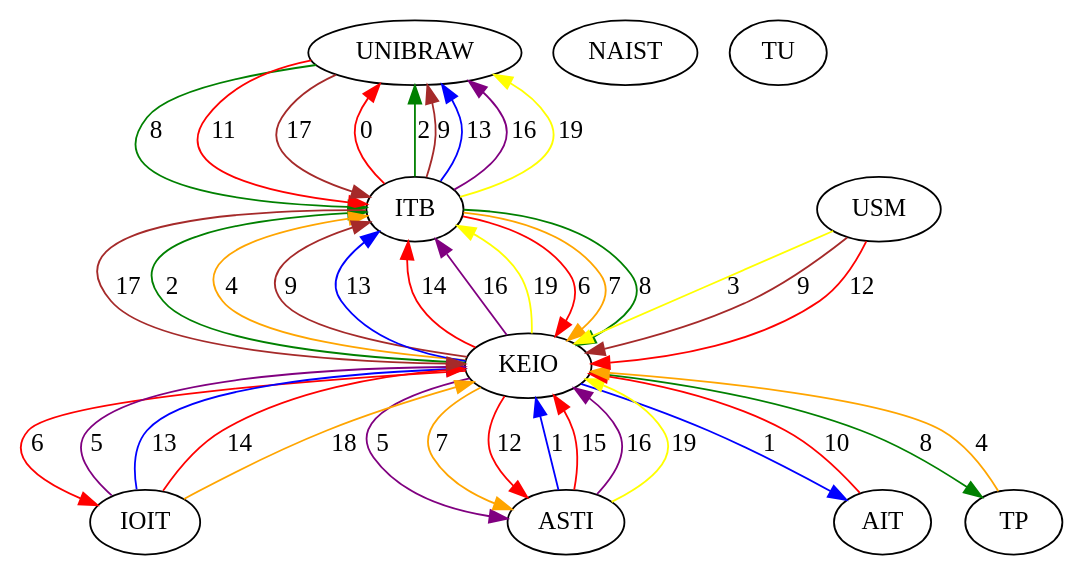
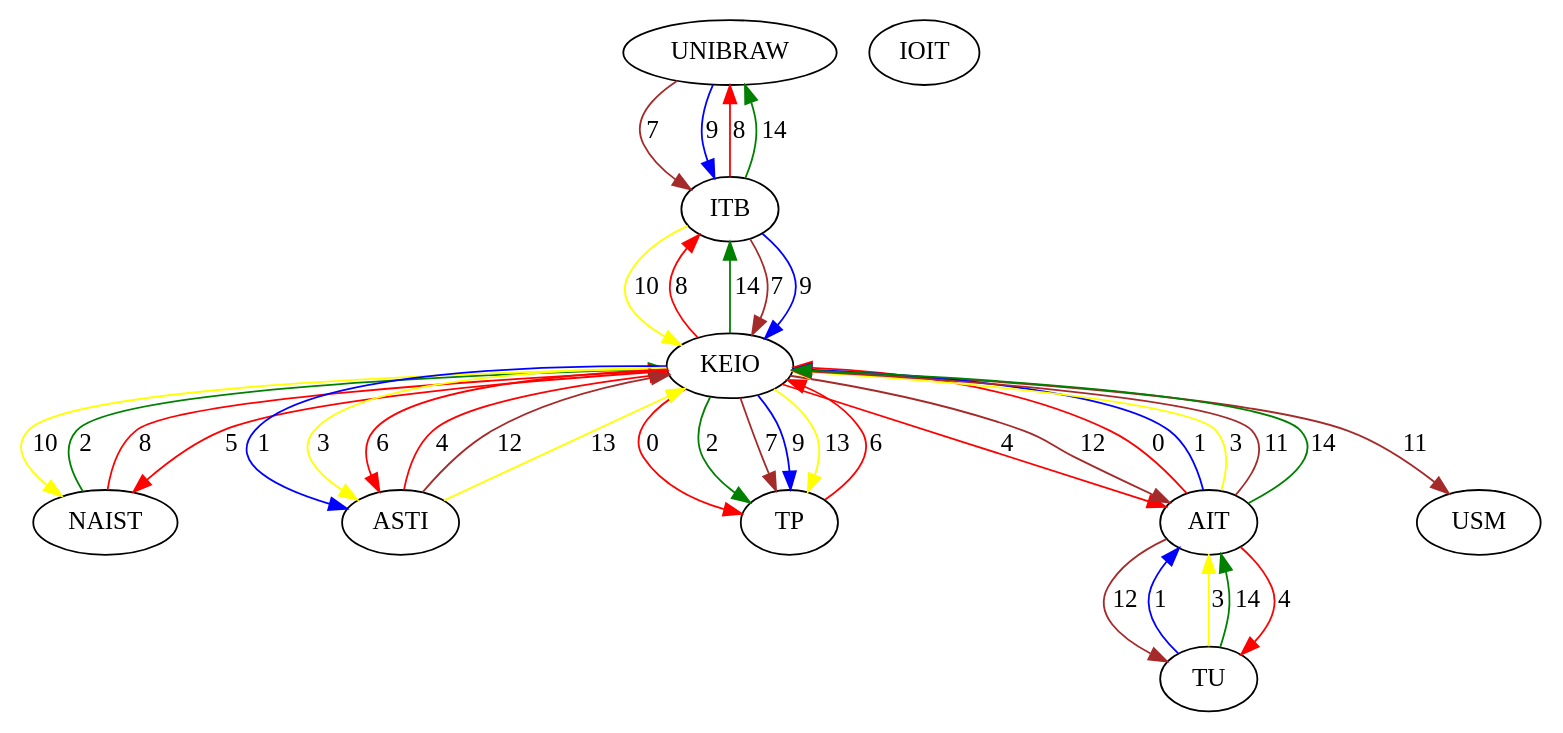
Before and after one commit to Hebbe1234/ExpectAll: the diagram in src/assignedGraphs/assigned.dot, drawn with Graphviz. The commit also changed 9 other files, not shown here.

Commit message:
sequence

```diff
--- a/src/assignedGraphs/assigned.dot
+++ b/src/assignedGraphs/assigned.dot
@@ -1,51 +1,50 @@
 digraph  {
 0 [Internal=1, label=UNIBRAW];
 1 [Internal=1, label=NAIST];
 2 [Internal=1, label=KEIO];
 3 [Internal=1, label=IOIT];
 4 [Internal=1, label=ASTI];
 5 [Internal=1, label=TU];
 6 [Internal=1, label=AIT];
 7 [Internal=1, label=ITB];
 8 [Internal=1, label=TP];
 9 [Internal=1, label=USM];
-0 -> 7  [color=green, key=0, label=8];
-0 -> 7  [color=red, key=1, label=11];
-0 -> 7  [color=brown, key=2, label=17];
-2 -> 6  [color=blue, key=0, label=1];
-2 -> 7  [color=green, key=0, label=2];
-2 -> 7  [color=orange, key=1, label=4];
-2 -> 7  [color=brown, key=2, label=9];
-2 -> 7  [color=blue, key=3, label=13];
-2 -> 7  [color=red, key=4, label=14];
-2 -> 7  [color=purple, key=5, label=16];
-2 -> 7  [color=yellow, key=6, label=19];
-2 -> 4  [color=purple, key=0, label=5];
-2 -> 4  [color=orange, key=1, label=7];
-2 -> 4  [color=red, key=2, label=12];
-2 -> 3  [color=red, key=0, label=6];
-2 -> 8  [color=green, key=0, label=8];
-3 -> 2  [color=purple, key=0, label=5];
-3 -> 2  [color=blue, key=1, label=13];
-3 -> 2  [color=red, key=2, label=14];
-3 -> 2  [color=orange, key=3, label=18];
-4 -> 2  [color=blue, key=0, label=1];
-4 -> 2  [color=red, key=1, label=15];
-4 -> 2  [color=purple, key=2, label=16];
-4 -> 2  [color=yellow, key=3, label=19];
-6 -> 2  [color=red, key=0, label=10];
-7 -> 0  [color=red, key=0, label=0];
-7 -> 0  [color=green, key=1, label=2];
-7 -> 0  [color=brown, key=2, label=9];
-7 -> 0  [color=blue, key=3, label=13];
-7 -> 0  [color=purple, key=4, label=16];
-7 -> 0  [color=yellow, key=5, label=19];
-7 -> 2  [color=red, key=0, label=6];
-7 -> 2  [color=orange, key=1, label=7];
-7 -> 2  [color=green, key=2, label=8];
-7 -> 2  [color=brown, key=3, label=17];
-8 -> 2  [color=orange, key=0, label=4];
-9 -> 2  [color=yellow, key=0, label=3];
-9 -> 2  [color=brown, key=1, label=9];
-9 -> 2  [color=red, key=2, label=12];
+0 -> 7  [color=brown, key=0, label=7];
+0 -> 7  [color=blue, key=1, label=9];
+1 -> 2  [color=green, key=0, label=2];
+1 -> 2  [color=red, key=1, label=8];
+2 -> 1  [color=red, key=0, label=5];
+2 -> 1  [color=yellow, key=1, label=10];
+2 -> 4  [color=blue, key=0, label=1];
+2 -> 4  [color=yellow, key=1, label=3];
+2 -> 4  [color=red, key=2, label=6];
+2 -> 6  [color=red, key=0, label=4];
+2 -> 6  [color=brown, key=1, label=12];
+2 -> 7  [color=red, key=0, label=8];
+2 -> 7  [color=green, key=1, label=14];
+2 -> 8  [color=red, key=0, label=0];
+2 -> 8  [color=green, key=1, label=2];
+2 -> 8  [color=brown, key=2, label=7];
+2 -> 8  [color=blue, key=3, label=9];
+2 -> 8  [color=yellow, key=4, label=13];
+2 -> 9  [color=brown, key=0, label=11];
+4 -> 2  [color=red, key=0, label=4];
+4 -> 2  [color=brown, key=1, label=12];
+4 -> 2  [color=yellow, key=2, label=13];
+5 -> 6  [color=blue, key=0, label=1];
+5 -> 6  [color=yellow, key=1, label=3];
+5 -> 6  [color=green, key=2, label=14];
+6 -> 2  [color=red, key=0, label=0];
+6 -> 2  [color=blue, key=1, label=1];
+6 -> 2  [color=yellow, key=2, label=3];
+6 -> 2  [color=brown, key=3, label=11];
+6 -> 2  [color=green, key=4, label=14];
+6 -> 5  [color=red, key=0, label=4];
+6 -> 5  [color=brown, key=1, label=12];
+7 -> 0  [color=red, key=0, label=8];
+7 -> 0  [color=green, key=1, label=14];
+7 -> 2  [color=brown, key=0, label=7];
+7 -> 2  [color=blue, key=1, label=9];
+7 -> 2  [color=yellow, key=2, label=10];
+8 -> 2  [color=red, key=0, label=6];
 }
```
